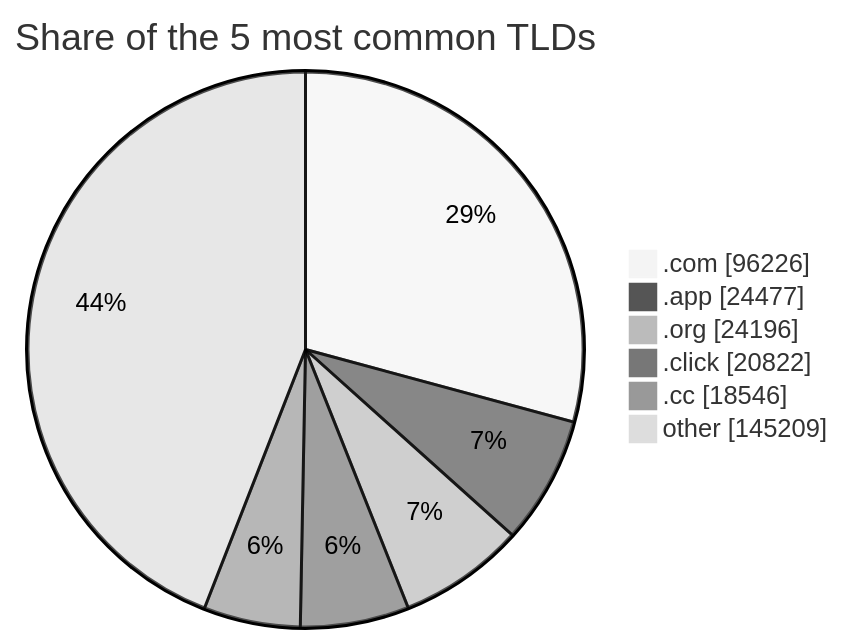
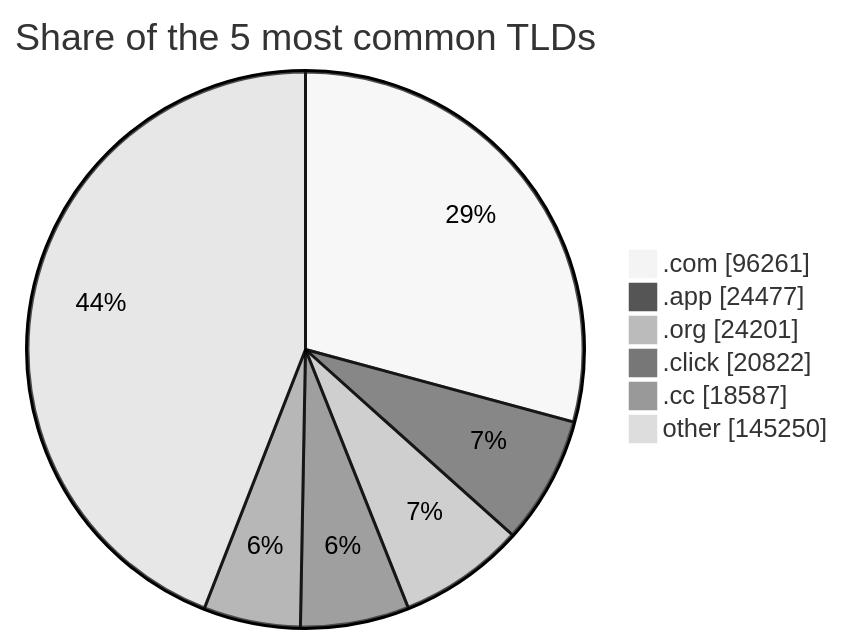
One commit to DNSBunker/CTI changed the third of 3 diagrams in README.md. Above: the diagram before and after it, drawn with Mermaid (neutral theme). The commit also changed other lines of this file and 4 other files, not shown here.

````diff
--- a/README.md
+++ b/README.md
@@ -81,9 +81,9 @@
 ```mermaid
 pie showData title Share of the 5 most common TLDs
-    ".com" : 96226
+    ".com" : 96261
     ".app" : 24477
-    ".org" : 24196
+    ".org" : 24201
     ".click" : 20822
-    ".cc" : 18546
-    "other" : 145209
+    ".cc" : 18587
+    "other" : 145250
 ```
````
